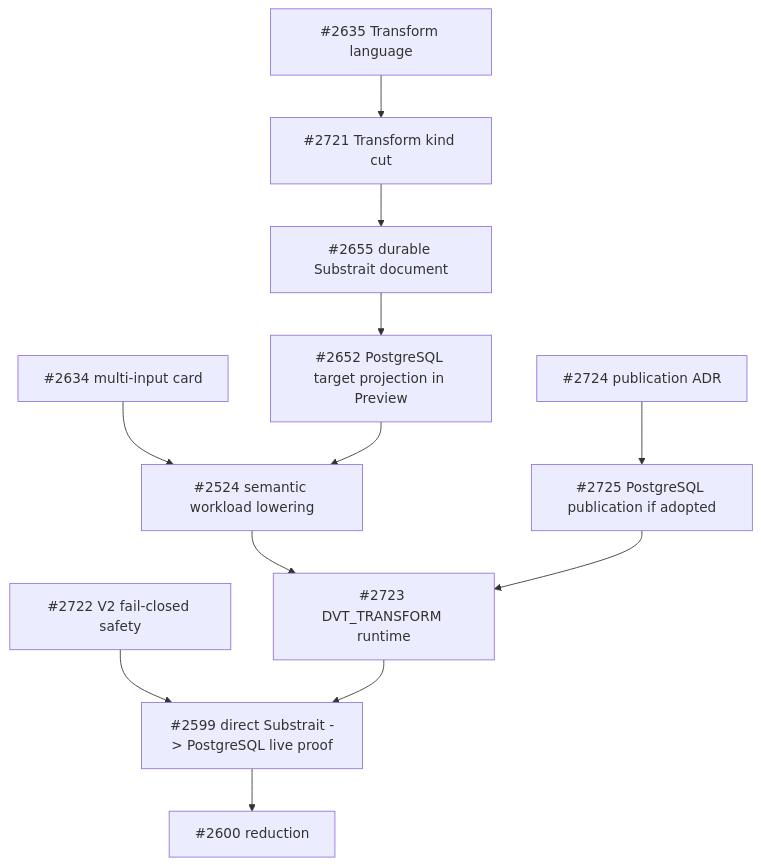
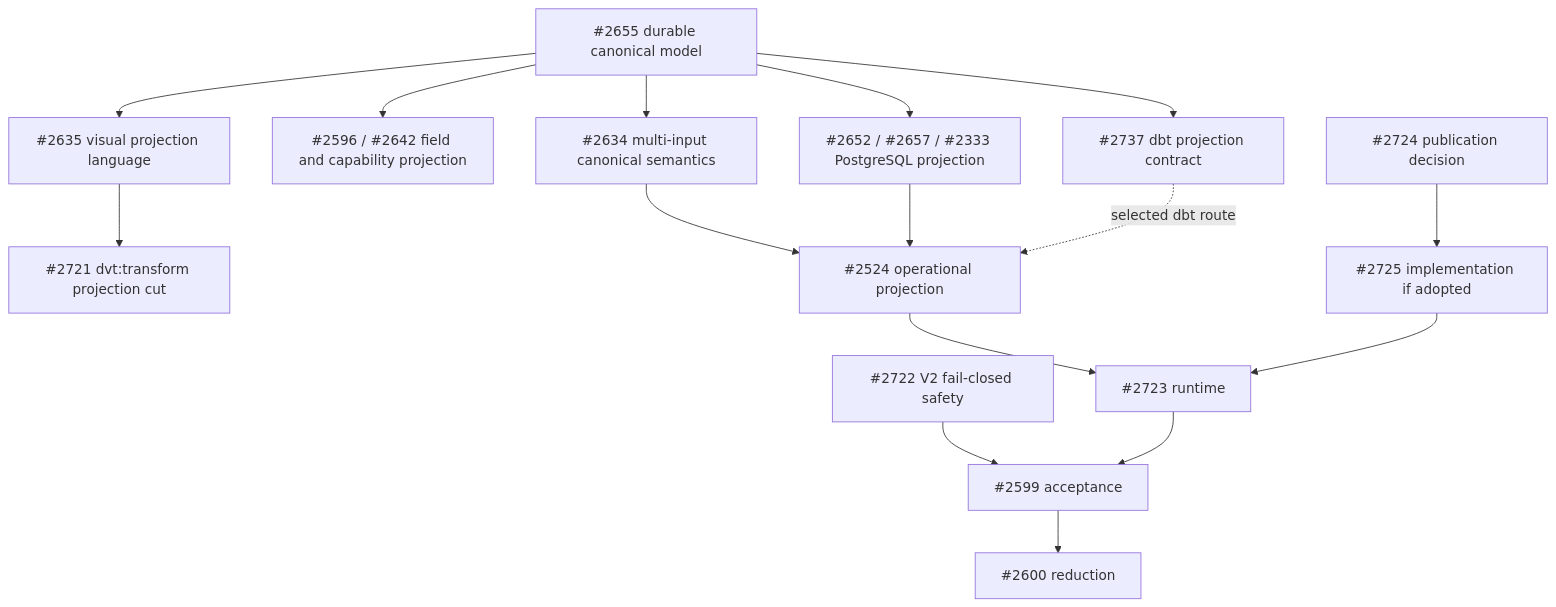
Before and after one commit to dunay2/dvt: the second of 2 diagrams in docs/planning/proposals/mandatory/runtime-and-contracts/vtx2-transform-cutover-plan-20260828.md, drawn with Mermaid. The commit also changed other lines of this file, not shown here.

Commit message:
docs(docs): Reframe VTX2 around one canonical model and projections

````diff
--- a/docs/planning/proposals/mandatory/runtime-and-contracts/vtx2-transform-cutover-plan-20260828.md
+++ b/docs/planning/proposals/mandatory/runtime-and-contracts/vtx2-transform-cutover-plan-20260828.md
@@ -262,27 +340,33 @@
 ```mermaid
 flowchart TD
-  Safe["#2722 V2 fail-closed safety"]
-  Language["#2635 Transform language"]
-  Kind["#2721 Transform kind cut"]
-  Durable["#2655 durable Substrait document"]
-  Preview["#2652 PostgreSQL target projection in Preview"]
-  Inputs["#2634 multi-input card"]
-  Lower["#2524 semantic workload lowering"]
-  PublishDecision["#2724 publication ADR"]
-  Publish["#2725 PostgreSQL publication if adopted"]
-  Runtime["#2723 DVT_TRANSFORM runtime"]
-  E2E["#2599 direct Substrait -> PostgreSQL live proof"]
+  Safety["#2722 V2 fail-closed safety"]
+  Canonical["#2655 durable canonical model"]
+  Language["#2635 visual projection language"]
+  Kind["#2721 dvt:transform projection cut"]
+  Fields["#2596 / #2642 field and capability projection"]
+  Inputs["#2634 multi-input canonical semantics"]
+  Pg["#2652 / #2657 / #2333 PostgreSQL projection"]
+  Dbt["#2737 dbt projection contract"]
+  Lower["#2524 operational projection"]
+  PublishDecision["#2724 publication decision"]
+  Publish["#2725 implementation if adopted"]
+  Runtime["#2723 runtime"]
+  E2E["#2599 acceptance"]
   Delete["#2600 reduction"]
 
+  Canonical --> Language
   Language --> Kind
-  Kind --> Durable
-  Durable --> Preview
+  Canonical --> Fields
+  Canonical --> Inputs
+  Canonical --> Pg
+  Canonical --> Dbt
   Inputs --> Lower
-  Preview --> Lower
+  Pg --> Lower
+  Dbt -. selected dbt route .-> Lower
+  Lower --> Runtime
   PublishDecision --> Publish
-  Lower --> Runtime
   Publish --> Runtime
-  Safe --> E2E
+  Safety --> E2E
   Runtime --> E2E
   E2E --> Delete
 ```
````
